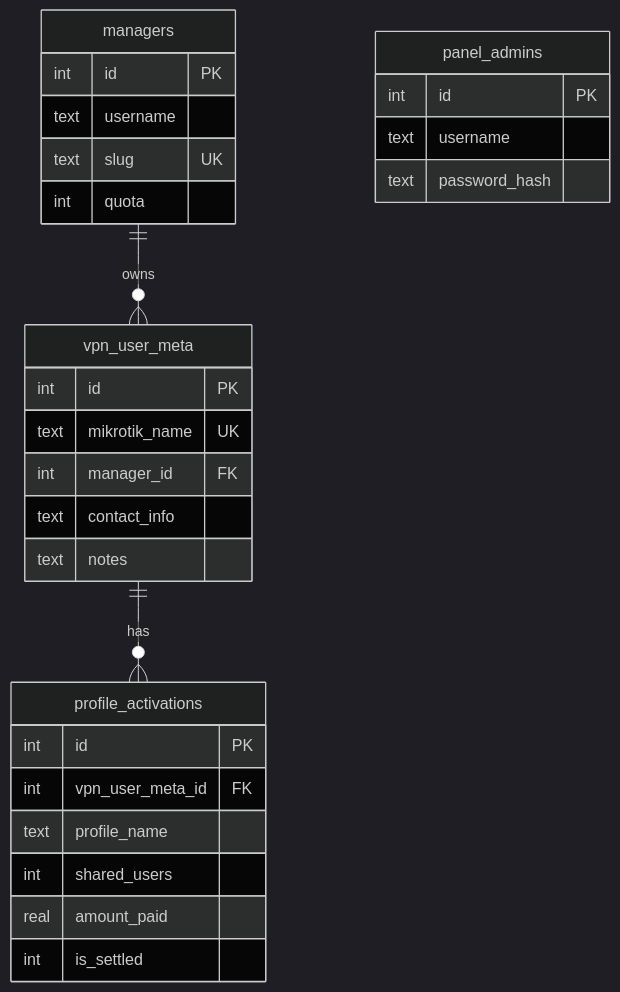
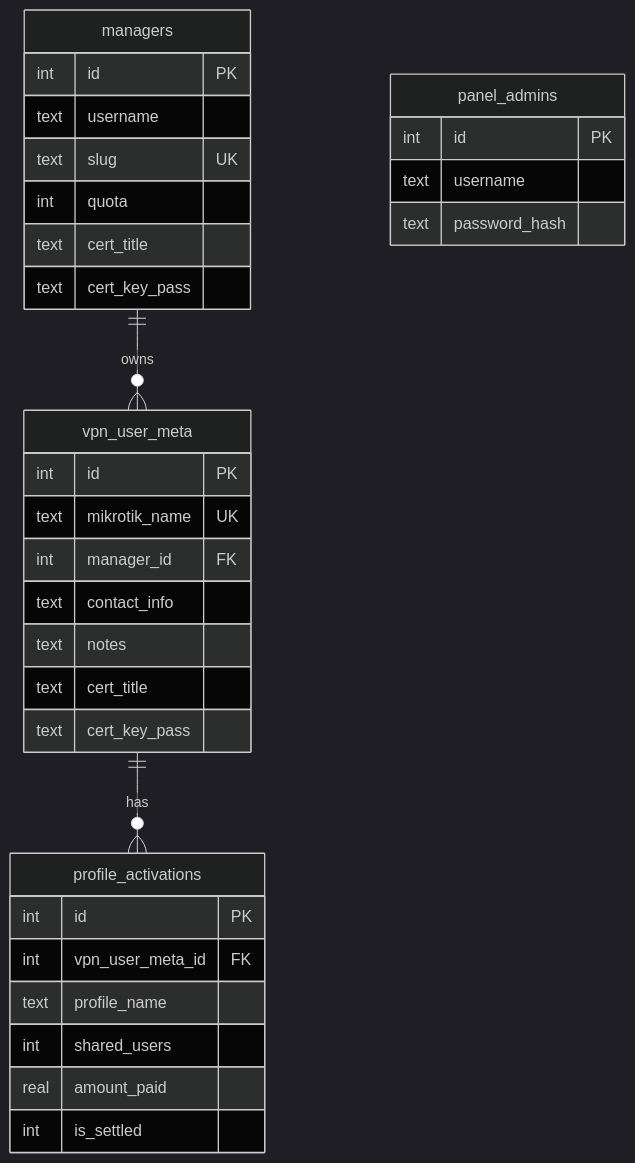
Before and after one commit to h-nargesi/Fast-Bypass: the diagram in docs/data-model.md, drawn with Mermaid (dark theme). The commit also changed other lines of this file and 45 other files, not shown here.

````diff
--- a/docs/data-model.md
+++ b/docs/data-model.md
@@ -5,31 +5,35 @@
 ```mermaid
 erDiagram
   managers ||--o{ vpn_user_meta : owns
   vpn_user_meta ||--o{ profile_activations : has
   panel_admins {
     int id PK
     text username
     text password_hash
   }
   managers {
     int id PK
     text username
     text slug UK
     int quota
+    text cert_title
+    text cert_key_pass
   }
   vpn_user_meta {
     int id PK
     text mikrotik_name UK
     int manager_id FK
     text contact_info
     text notes
+    text cert_title
+    text cert_key_pass
   }
   profile_activations {
     int id PK
     int vpn_user_meta_id FK
     text profile_name
     int shared_users
     real amount_paid
     int is_settled
   }
 ```
````
